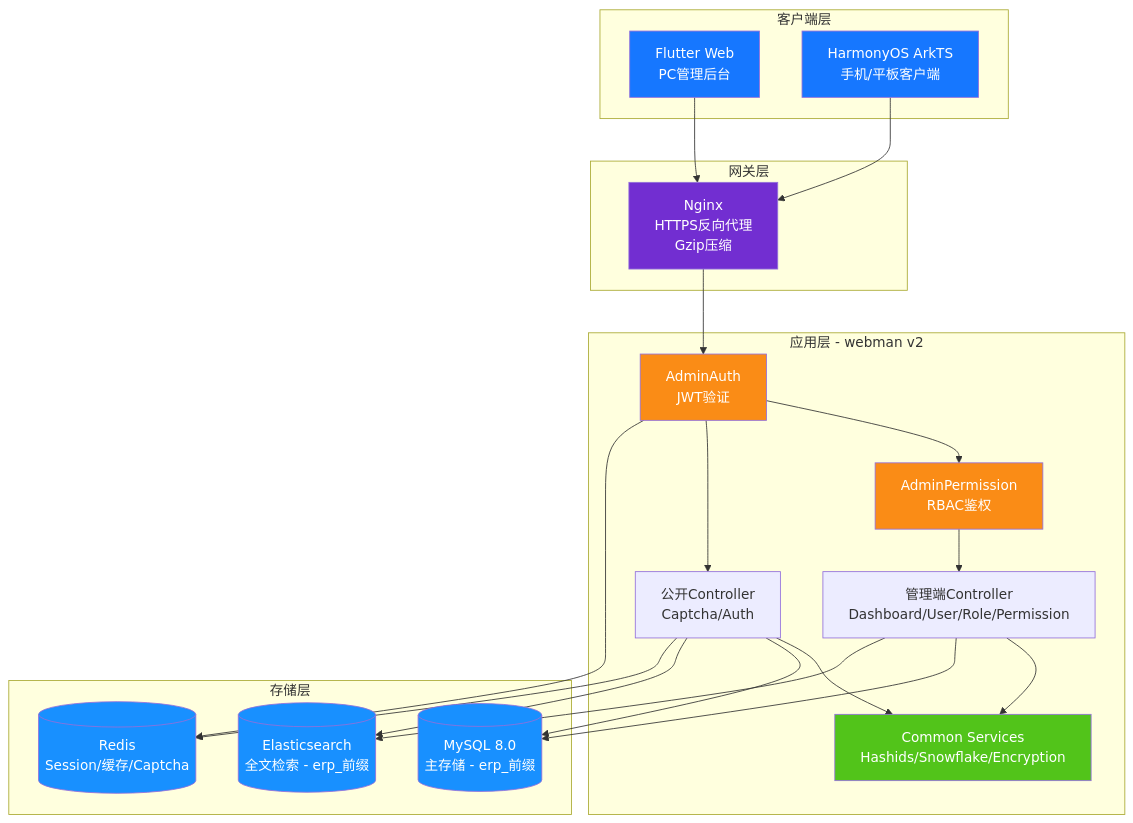
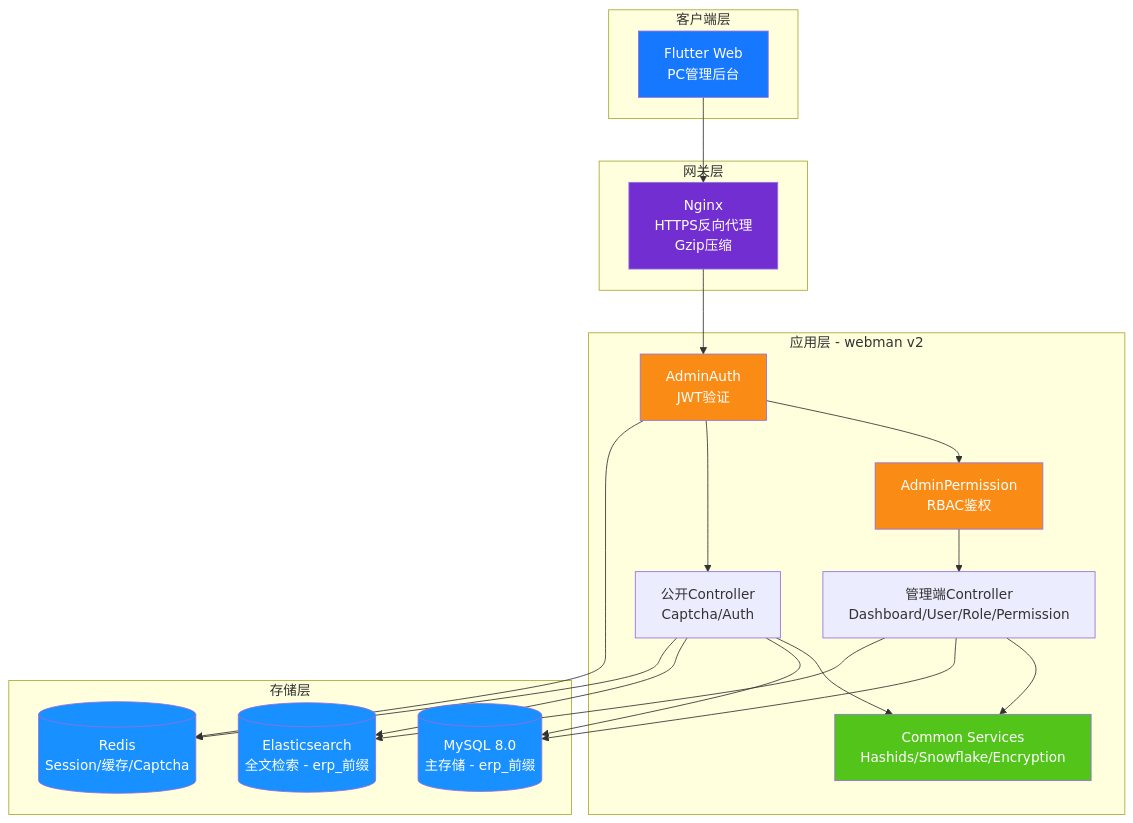
Before and after one commit to erikwang2013/erp-php: the diagram in docs/diagrams/01-system-architecture.md, drawn with Mermaid. The commit also changed 652 other files, not shown here.

Commit message:
文档：仅保留中英文 README，清理已移除功能与过时图片

````diff
--- a/docs/diagrams/01-system-architecture.md
+++ b/docs/diagrams/01-system-architecture.md
@@ -3,50 +3,47 @@
 ```mermaid
 flowchart TB
     subgraph clients["客户端层"]
         flutter["Flutter Web<br/>PC管理后台"]
-        harmony["HarmonyOS ArkTS<br/>手机/平板客户端"]
     end
 
     subgraph gateway["网关层"]
         nginx["Nginx<br/>HTTPS反向代理<br/>Gzip压缩"]
     end
 
     subgraph app["应用层 - webman v2"]
         auth["AdminAuth<br/>JWT验证"]
         perm["AdminPermission<br/>RBAC鉴权"]
         admin["管理端Controller<br/>Dashboard/User/Role/Permission"]
         public["公开Controller<br/>Captcha/Auth"]
         common["Common Services<br/>Hashids/Snowflake/Encryption"]
     end
 
     subgraph storage["存储层"]
         mysql[("MySQL 8.0<br/>主存储 - erp_前缀")]
         es[("Elasticsearch<br/>全文检索 - erp_前缀")]
         redis[("Redis<br/>Session/缓存/Captcha")]
     end
 
     flutter --> nginx
-    harmony --> nginx
     nginx --> auth
     auth --> perm
     perm --> admin
     auth --> public
     admin --> common
     public --> common
     admin --> mysql
     public --> mysql
     admin --> es
     public --> es
     auth --> redis
     public --> redis
 
     style flutter fill:#1677FF,color:#fff
-    style harmony fill:#1677FF,color:#fff
     style nginx fill:#722ED1,color:#fff
     style auth fill:#FA8C16,color:#fff
     style perm fill:#FA8C16,color:#fff
     style common fill:#52C41A,color:#fff
     style mysql fill:#1890FF,color:#fff
     style es fill:#1890FF,color:#fff
     style redis fill:#1890FF,color:#fff
 ```
````
